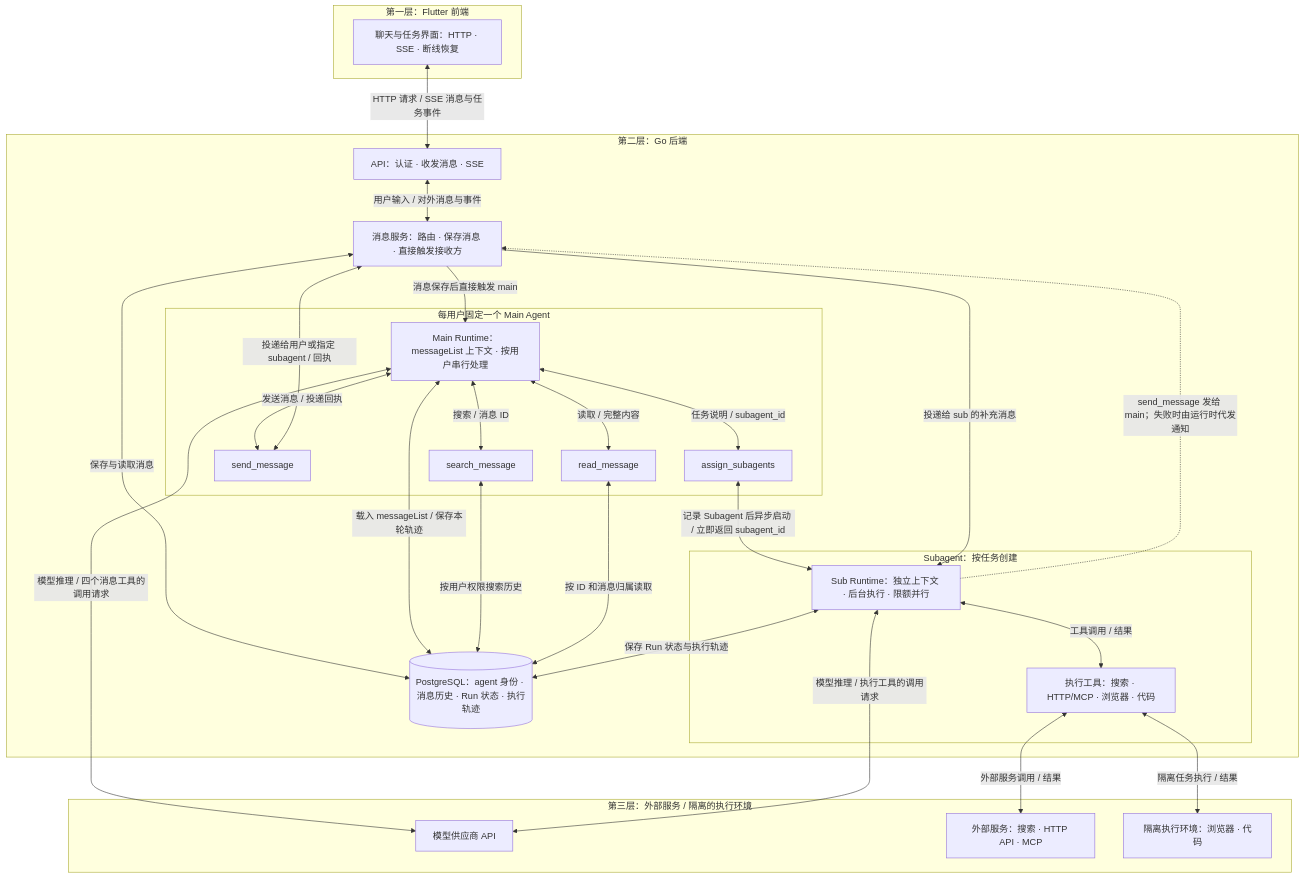
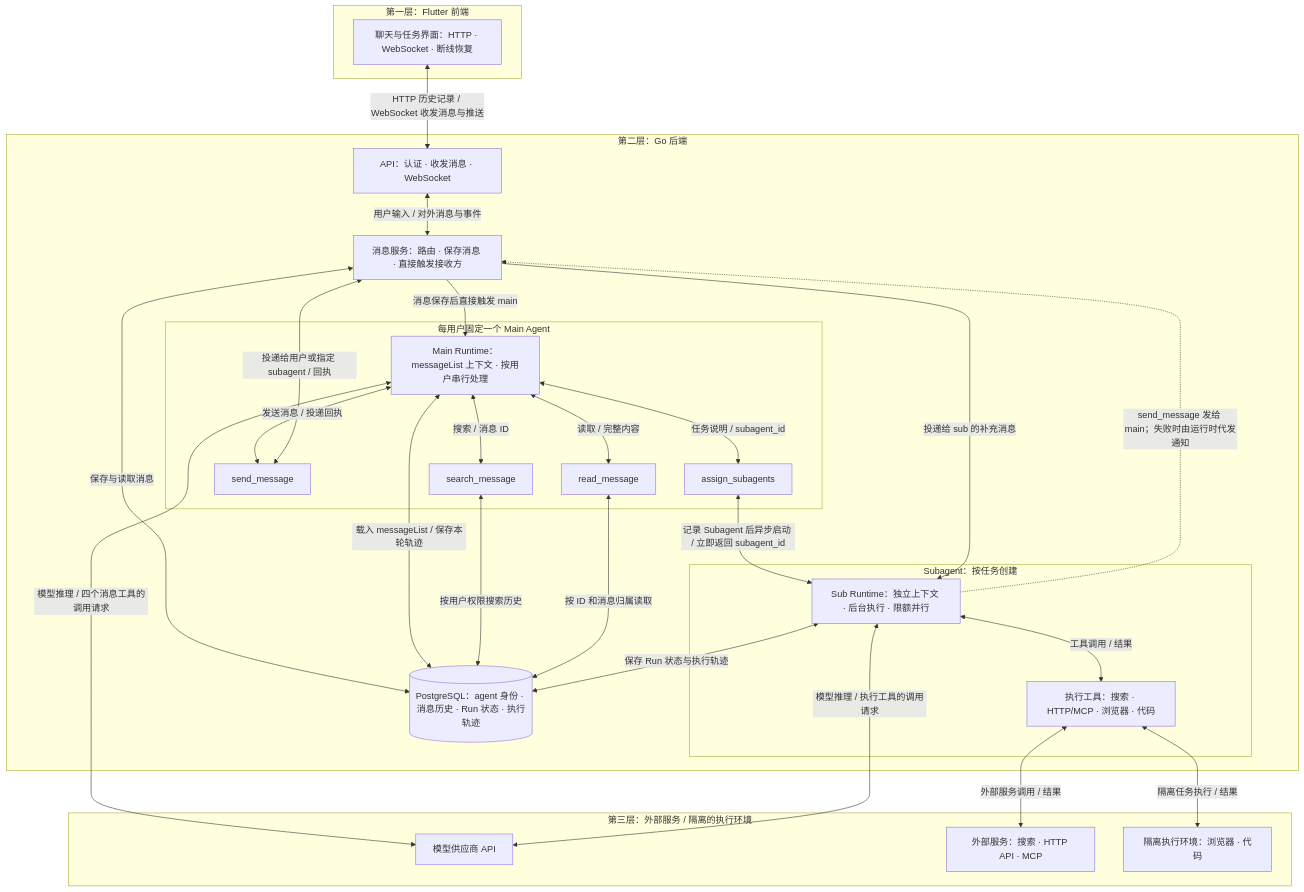
One commit to OmniNetOpensource/aether-personal changed the diagram in docs/architecture.mmd. Above: the diagram before and after it, drawn with Mermaid. The commit also changed 2 other files, not shown here.

```diff
--- a/docs/architecture.mmd
+++ b/docs/architecture.mmd
@@ -1,56 +1,56 @@
 flowchart TD
     subgraph L1["第一层：Flutter 前端"]
-        FLUTTER["聊天与任务界面：HTTP · SSE · 断线恢复"]
+        FLUTTER["聊天与任务界面：HTTP · WebSocket · 断线恢复"]
     end
 
     subgraph L2["第二层：Go 后端"]
-        API["API：认证 · 收发消息 · SSE"]
+        API["API：认证 · 收发消息 · WebSocket"]
         MESSAGES["消息服务：路由 · 保存消息 · 直接触发接收方"]
         DB[("PostgreSQL：agent 身份 · 消息历史 · Run 状态 · 执行轨迹")]
 
         subgraph MAINBOX["每用户固定一个 Main Agent"]
             MAIN["Main Runtime：messageList 上下文 · 按用户串行处理"]
             ASSIGN["assign_subagents"]
             SEND["send_message"]
             SEARCH["search_message"]
             READ["read_message"]
 
             MAIN <-->|"任务说明 / subagent_id"| ASSIGN
             MAIN <-->|"发送消息 / 投递回执"| SEND
             MAIN <-->|"搜索 / 消息 ID"| SEARCH
             MAIN <-->|"读取 / 完整内容"| READ
         end
 
         subgraph SUBBOX["Subagent：按任务创建"]
             SUB["Sub Runtime：独立上下文 · 后台执行 · 限额并行"]
             TOOLS["执行工具：搜索 · HTTP/MCP · 浏览器 · 代码"]
 
             SUB <-->|"工具调用 / 结果"| TOOLS
         end
 
         API <-->|"用户输入 / 对外消息与事件"| MESSAGES
         MESSAGES <-->|"保存与读取消息"| DB
         MESSAGES -->|"消息保存后直接触发 main"| MAIN
         MAIN <-->|"载入 messageList / 保存本轮轨迹"| DB
 
         ASSIGN <-->|"记录 Subagent 后异步启动 / 立即返回 subagent_id"| SUB
         SEND <-->|"投递给用户或指定 subagent / 回执"| MESSAGES
         SEARCH <-->|"按用户权限搜索历史"| DB
         READ <-->|"按 ID 和消息归属读取"| DB
 
         MESSAGES -->|"投递给 sub 的补充消息"| SUB
         SUB -.->|"send_message 发给 main；失败时由运行时代发通知"| MESSAGES
         SUB <-->|"保存 Run 状态与执行轨迹"| DB
     end
 
     subgraph L3["第三层：外部服务 / 隔离的执行环境"]
         MODEL["模型供应商 API"]
         EXTERNAL["外部服务：搜索 · HTTP API · MCP"]
         SANDBOX["隔离执行环境：浏览器 · 代码"]
     end
 
-    FLUTTER <-->|"HTTP 请求 / SSE 消息与任务事件"| API
+    FLUTTER <-->|"HTTP 历史记录 / WebSocket 收发消息与推送"| API
     MAIN <-->|"模型推理 / 四个消息工具的调用请求"| MODEL
     SUB <-->|"模型推理 / 执行工具的调用请求"| MODEL
     TOOLS <-->|"外部服务调用 / 结果"| EXTERNAL
     TOOLS <-->|"隔离任务执行 / 结果"| SANDBOX
```
